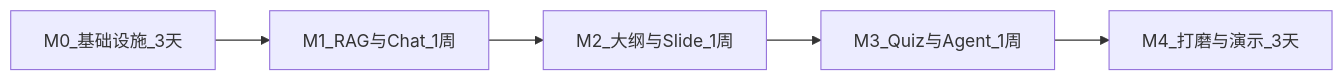
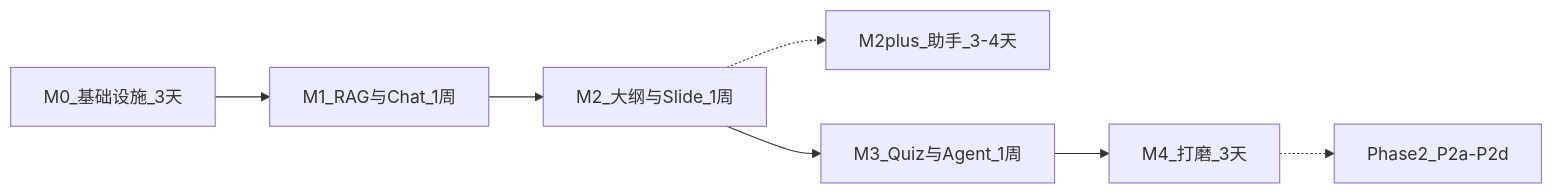
The first of 3 diagrams in docs/DEV_GUIDE.md (HeyChizuru/mindflow), drawn with Mermaid before and after one commit. The commit also changed other lines of this file and 4 other files, not shown here.

````diff
--- a/docs/DEV_GUIDE.md
+++ b/docs/DEV_GUIDE.md
@@ -230,9 +304,13 @@
 ```mermaid
 flowchart LR
   M0[M0_基础设施_3天]
   M1[M1_RAG与Chat_1周]
   M2[M2_大纲与Slide_1周]
+  M2p[M2plus_助手_3-4天]
   M3[M3_Quiz与Agent_1周]
-  M4[M4_打磨与演示_3天]
+  M4[M4_打磨_3天]
+  P2[Phase2_P2a-P2d]
   M0 --> M1 --> M2 --> M3 --> M4
+  M2 -.-> M2p
+  M4 -.-> P2
 ```
````
